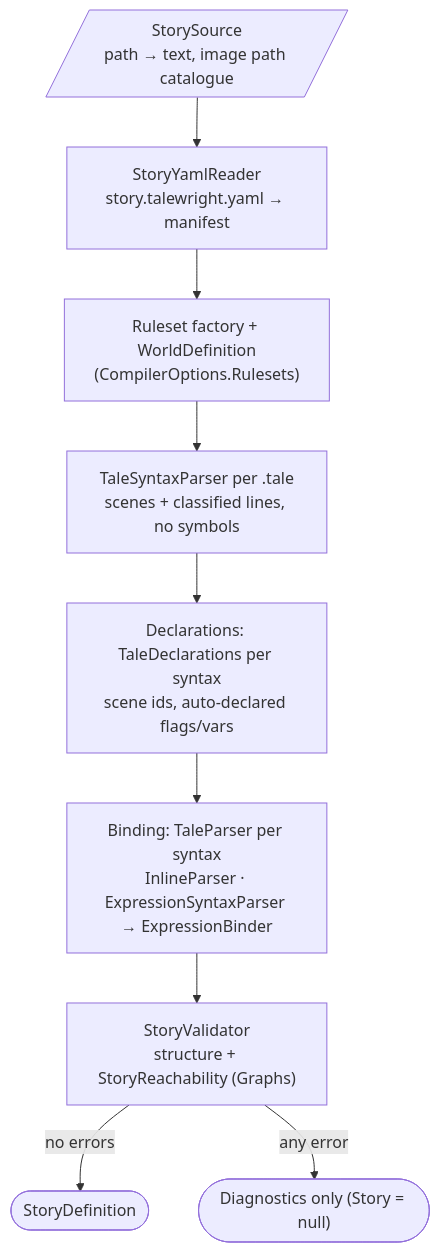
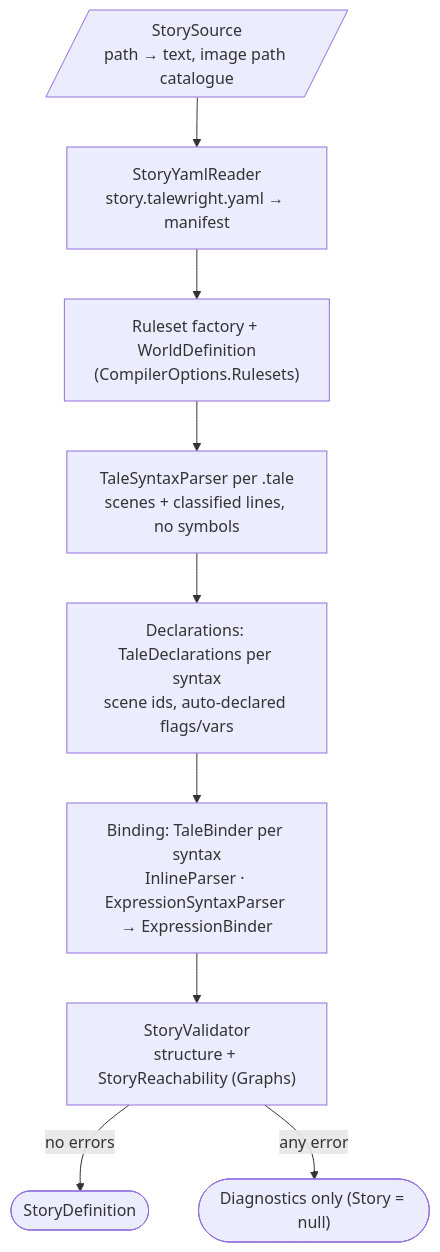
Before and after one commit to squid-farm/talewright: the third of 6 diagrams in docs/developer/architecture.md, drawn with Mermaid. The commit also changed other lines of this file and 11 other files, not shown here.

First line of the commit message:
talemark: rename TaleParser to TaleBinder (#508)

````diff
--- a/docs/developer/architecture.md
+++ b/docs/developer/architecture.md
@@ -333,15 +333,15 @@
 ```mermaid
 flowchart TD
   src[/"StorySource<br/>path → text, image path catalogue"/]
   yaml["StoryYamlReader<br/>story.talewright.yaml → manifest"]
   world["Ruleset factory + WorldDefinition<br/>(CompilerOptions.Rulesets)"]
   syn["TaleSyntaxParser per .tale<br/>scenes + classified lines, no symbols"]
   disc["Declarations: TaleDeclarations per syntax<br/>scene ids, auto-declared flags/vars"]
-  parse["Binding: TaleParser per syntax<br/>InlineParser · ExpressionSyntaxParser → ExpressionBinder"]
+  parse["Binding: TaleBinder per syntax<br/>InlineParser · ExpressionSyntaxParser → ExpressionBinder"]
   val["StoryValidator<br/>structure + StoryReachability (Graphs)"]
   ok(["StoryDefinition"])
   err(["Diagnostics only (Story = null)"])
   src --> yaml --> world --> syn --> disc --> parse --> val
   val -- "no errors" --> ok
   val -- "any error" --> err
 ```
````
